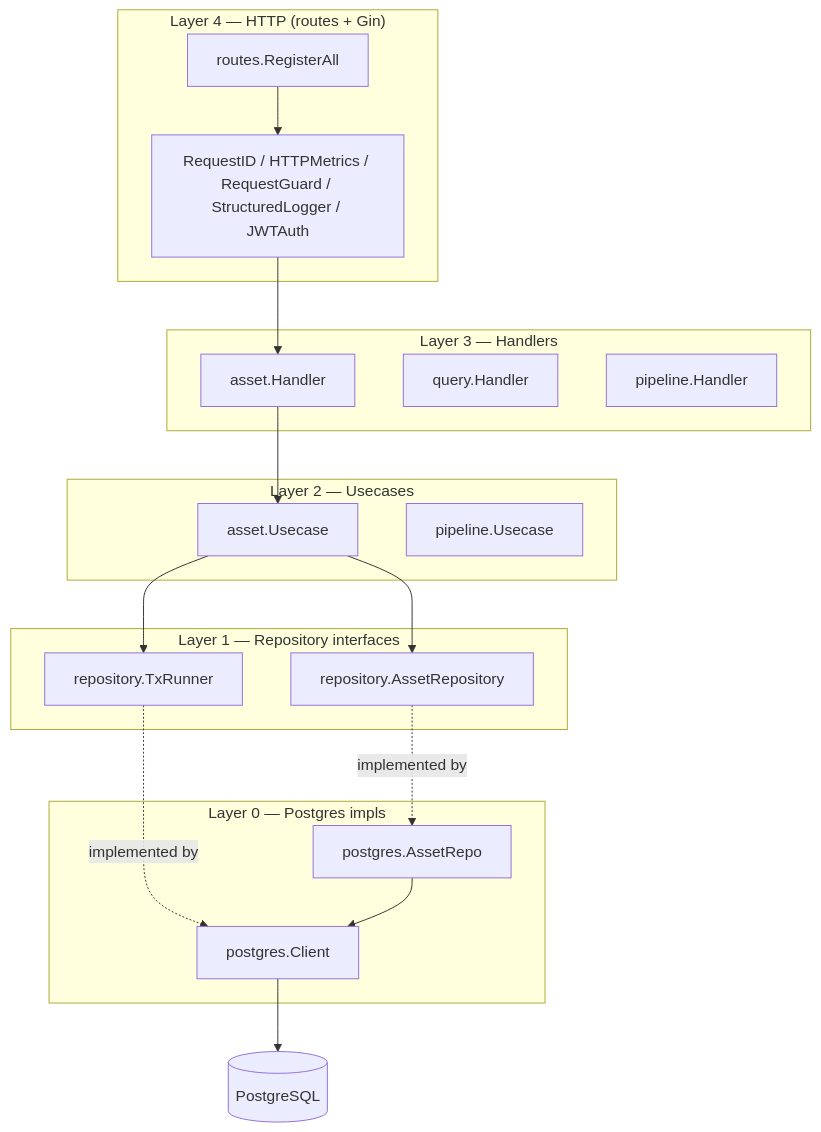
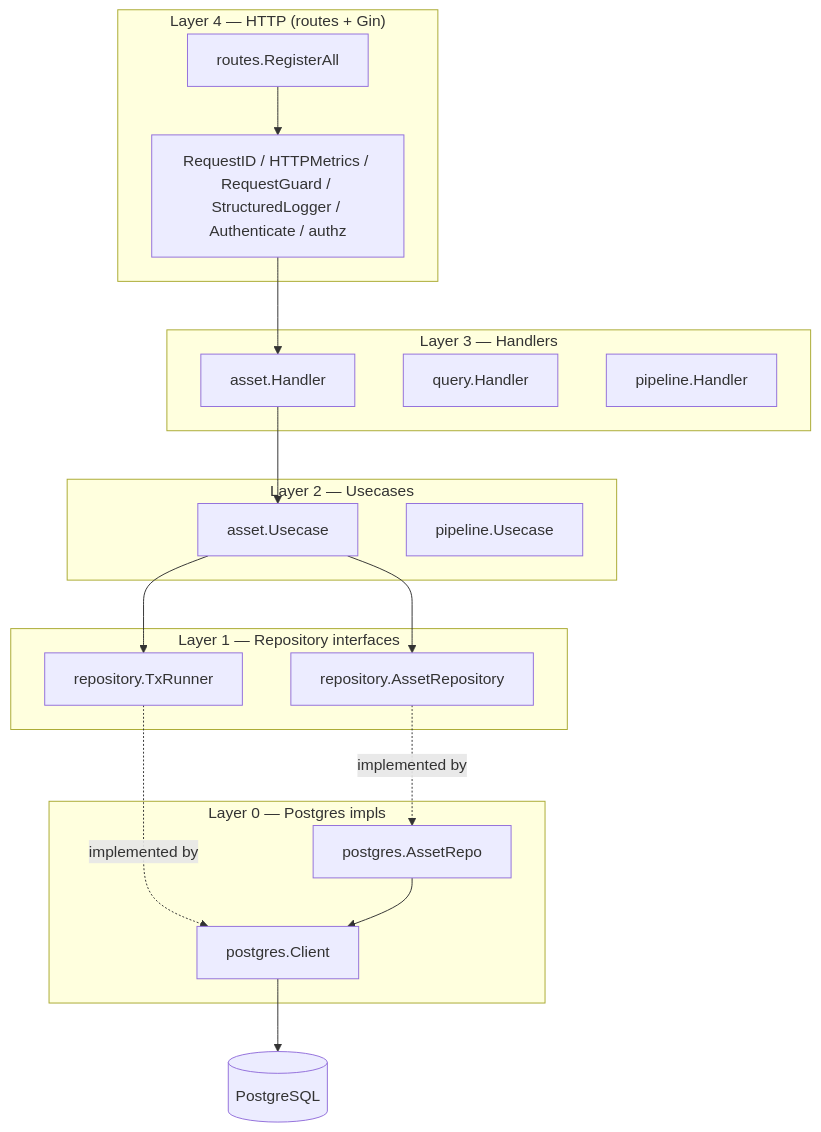
One commit to rouse2617/Databricks4robot changed the second of 7 diagrams in docs/repo-wiki/architecture/system-architecture-overview.md. Above: the diagram before and after it, drawn with Mermaid. The commit also changed other lines of this file and 11 other files, not shown here.

````diff
--- a/docs/repo-wiki/architecture/system-architecture-overview.md
+++ b/docs/repo-wiki/architecture/system-architecture-overview.md
@@ -167,30 +168,30 @@
 ```mermaid
 graph TB
   subgraph L4["Layer 4 — HTTP (routes + Gin)"]
     ROUTES["routes.RegisterAll"]
-    MW["RequestID / HTTPMetrics / RequestGuard / StructuredLogger / JWTAuth"]
+    MW["RequestID / HTTPMetrics / RequestGuard / StructuredLogger / Authenticate / authz"]
   end
   subgraph L3["Layer 3 — Handlers"]
     AH["asset.Handler"]
     QH["query.Handler"]
     PH["pipeline.Handler"]
   end
   subgraph L2["Layer 2 — Usecases"]
     AUC["asset.Usecase"]
     PUC["pipeline.Usecase"]
   end
   subgraph L1i["Layer 1 — Repository interfaces"]
     AR["repository.AssetRepository"]
     TX["repository.TxRunner"]
   end
   subgraph L1c["Layer 0 — Postgres impls"]
     PGAR["postgres.AssetRepo"]
     PGC["postgres.Client"]
   end
   ROUTES --> MW --> AH --> AUC --> AR
   AUC --> TX
   AR -.implemented by.-> PGAR
   TX -.implemented by.-> PGC
   PGAR --> PGC
   PGC --> DB[("PostgreSQL")]
 ```
````
